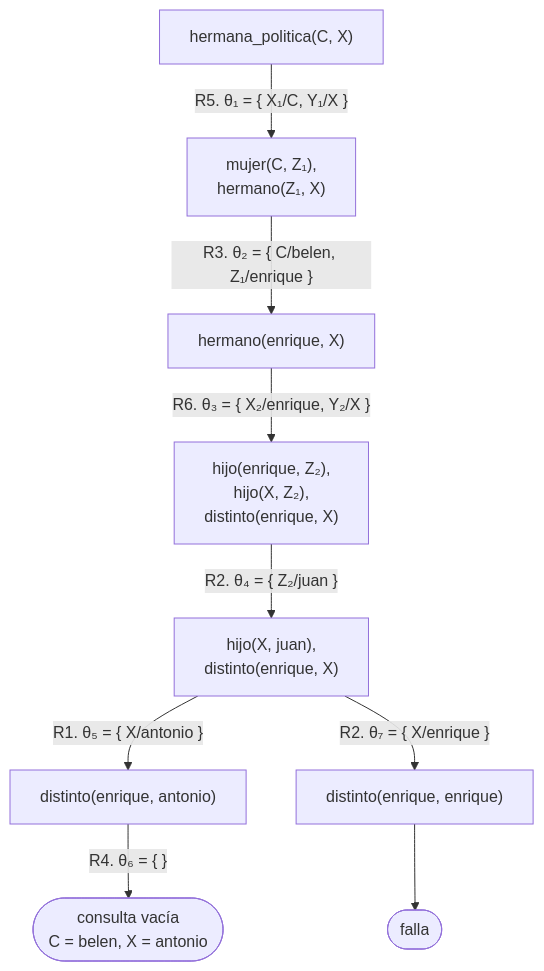
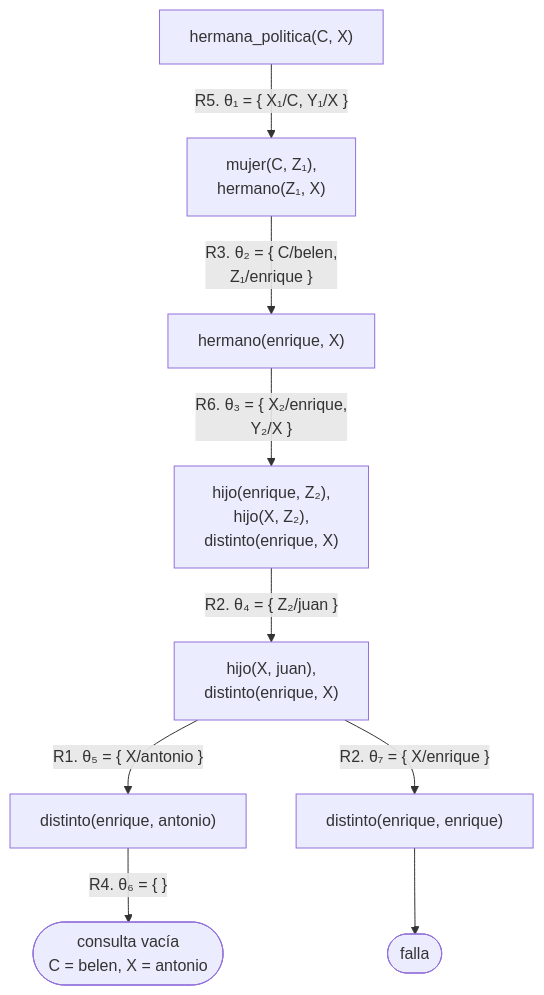
Before and after one commit to CesarBallardini/curso-de-prolog: the tenth of 10 diagrams in docs/capitulo-05-como-responde-prolog/soluciones.md, drawn with Mermaid. The commit also changed other lines of this file and 24 other files, not shown here.

First line of the commit message:
feat(docs): botones para ocultar las columnas laterales y etiquetas cortas en los diagramas

````diff
--- a/docs/capitulo-05-como-responde-prolog/soluciones.md
+++ b/docs/capitulo-05-como-responde-prolog/soluciones.md
@@ -448,11 +448,11 @@
 ```mermaid
 flowchart TD
     A["hermana_politica(C, X)"] -- "R5. θ₁ = {&nbsp;X₁/C, Y₁/X&nbsp;}" --> B["mujer(C, Z₁),<br/>hermano(Z₁, X)"]
-    B -- "R3. θ₂ = {&nbsp;C/belen, Z₁/enrique&nbsp;}" --> D["hermano(enrique, X)"]
-    D -- "R6. θ₃ = {&nbsp;X₂/enrique, Y₂/X&nbsp;}" --> E["hijo(enrique, Z₂),<br/>hijo(X, Z₂),<br/>distinto(enrique, X)"]
+    B -- "R3. θ₂ = {&nbsp;C/belen,<br/>Z₁/enrique&nbsp;}" --> D["hermano(enrique, X)"]
+    D -- "R6. θ₃ = {&nbsp;X₂/enrique,<br/>Y₂/X&nbsp;}" --> E["hijo(enrique, Z₂),<br/>hijo(X, Z₂),<br/>distinto(enrique, X)"]
     E -- "R2. θ₄ = {&nbsp;Z₂/juan&nbsp;}" --> F["hijo(X, juan),<br/>distinto(enrique, X)"]
     F -- "R1. θ₅ = {&nbsp;X/antonio&nbsp;}" --> G["distinto(enrique, antonio)"]
     F -- "R2. θ₇ = {&nbsp;X/enrique&nbsp;}" --> H["distinto(enrique, enrique)"]
     G -- "R4. θ₆ = {&nbsp;}" --> S(["consulta vacía<br/>C = belen, X = antonio"])
     H --> K(["falla"])
 ```
````
